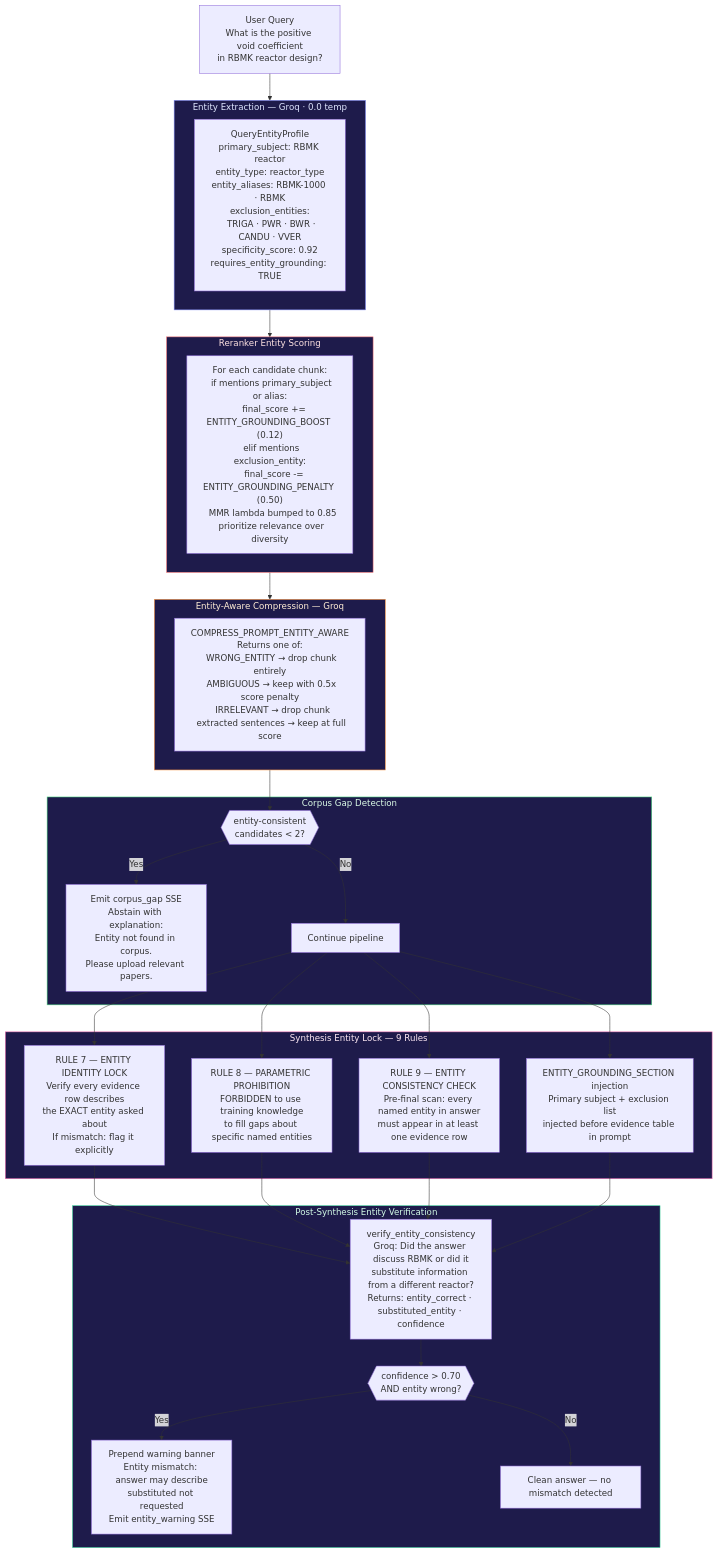
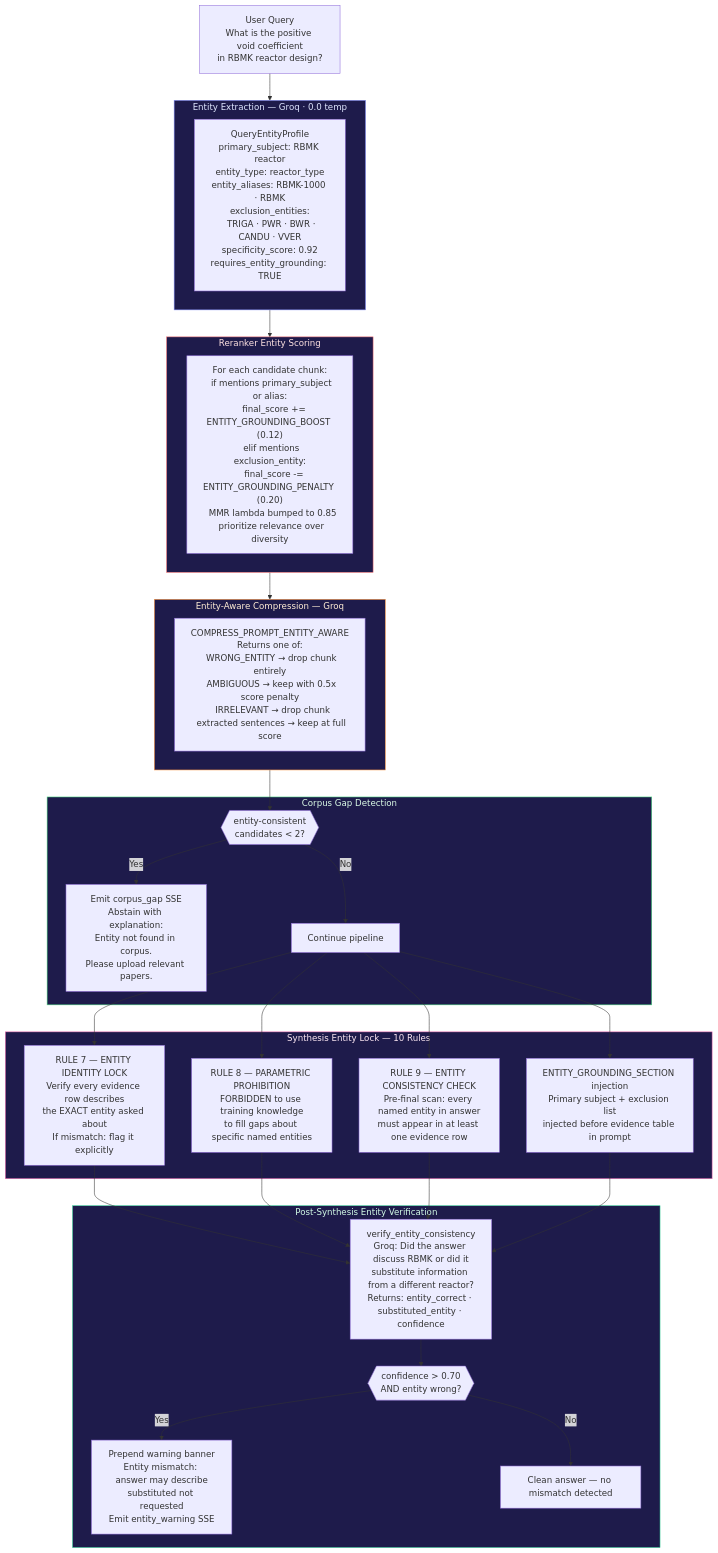
The sixth of 12 diagrams in Readme.md (Aashu-11/NexusScholar), drawn with Mermaid before and after one commit. The commit also changed other lines of this file, not shown here.

````diff
--- a/Readme.md
+++ b/Readme.md
@@ -497,52 +493,52 @@
 ```mermaid
 flowchart TD
     Q["User Query\nWhat is the positive void coefficient\nin RBMK reactor design?"]
 
     subgraph EXTRACT["Entity Extraction — Groq · 0.0 temp"]
         E1["QueryEntityProfile\nprimary_subject: RBMK reactor\nentity_type: reactor_type\nentity_aliases: RBMK-1000 · RBMK\nexclusion_entities:\n  TRIGA · PWR · BWR · CANDU · VVER\nspecificity_score: 0.92\nrequires_entity_grounding: TRUE"]
     end
 
     subgraph RERANK_ENTITY["Reranker Entity Scoring"]
-        R1["For each candidate chunk:\n  if mentions primary_subject or alias:\n    final_score += ENTITY_GROUNDING_BOOST (0.12)\n  elif mentions exclusion_entity:\n    final_score -= ENTITY_GROUNDING_PENALTY (0.50)\n  MMR lambda bumped to 0.85\n  prioritize relevance over diversity"]
+        R1["For each candidate chunk:\n  if mentions primary_subject or alias:\n    final_score += ENTITY_GROUNDING_BOOST (0.12)\n  elif mentions exclusion_entity:\n    final_score -= ENTITY_GROUNDING_PENALTY (0.20)\n  MMR lambda bumped to 0.85\n  prioritize relevance over diversity"]
     end
 
     subgraph COMPRESS_ENTITY["Entity-Aware Compression — Groq"]
         C1["COMPRESS_PROMPT_ENTITY_AWARE\nReturns one of:\n  WRONG_ENTITY → drop chunk entirely\n  AMBIGUOUS → keep with 0.5x score penalty\n  IRRELEVANT → drop chunk\n  extracted sentences → keep at full score"]
     end
 
     subgraph CORPUS_GAP["Corpus Gap Detection"]
         G1{{"entity-consistent\ncandidates < 2?"}}
         G2["Emit corpus_gap SSE\nAbstain with explanation:\nEntity not found in corpus.\nPlease upload relevant papers."]
         G3["Continue pipeline"]
     end
 
-    subgraph SYNTH_ENTITY["Synthesis Entity Lock — 9 Rules"]
+    subgraph SYNTH_ENTITY["Synthesis Entity Lock — 10 Rules"]
         S1["RULE 7 — ENTITY IDENTITY LOCK\nVerify every evidence row describes\nthe EXACT entity asked about\nIf mismatch: flag it explicitly"]
         S2["RULE 8 — PARAMETRIC PROHIBITION\nFORBIDDEN to use training knowledge\nto fill gaps about specific named entities"]
         S3["RULE 9 — ENTITY CONSISTENCY CHECK\nPre-final scan: every named entity in answer\nmust appear in at least one evidence row"]
         S4["ENTITY_GROUNDING_SECTION injection\nPrimary subject + exclusion list\ninjected before evidence table in prompt"]
     end
 
     subgraph POST_VERIFY["Post-Synthesis Entity Verification"]
         V1["verify_entity_consistency\nGroq: Did the answer discuss RBMK or did it\nsubstitute information from a different reactor?\nReturns: entity_correct · substituted_entity · confidence"]
         V2{{"confidence > 0.70\nAND entity wrong?"}}
         V3["Prepend warning banner\nEntity mismatch: answer may describe\nsubstituted not requested\nEmit entity_warning SSE"]
         V4["Clean answer — no mismatch detected"]
     end
 
     Q --> EXTRACT --> RERANK_ENTITY --> COMPRESS_ENTITY
     COMPRESS_ENTITY --> G1
     G1 -->|"Yes"| G2
     G1 -->|"No"| G3 --> S1 & S2 & S3 & S4
     S1 & S2 & S3 & S4 --> V1
     V1 --> V2
     V2 -->|"Yes"| V3
     V2 -->|"No"| V4
 
     style EXTRACT fill:#1e1b4b,stroke:#818cf8,color:#e0e7ff
     style RERANK_ENTITY fill:#1e1b4b,stroke:#f87171,color:#fee2e2
     style COMPRESS_ENTITY fill:#1e1b4b,stroke:#fb923c,color:#ffedd5
     style CORPUS_GAP fill:#1e1b4b,stroke:#4ade80,color:#dcfce7
     style SYNTH_ENTITY fill:#1e1b4b,stroke:#f472b6,color:#fce7f3
     style POST_VERIFY fill:#1e1b4b,stroke:#34d399,color:#d1fae5
 ```
````
